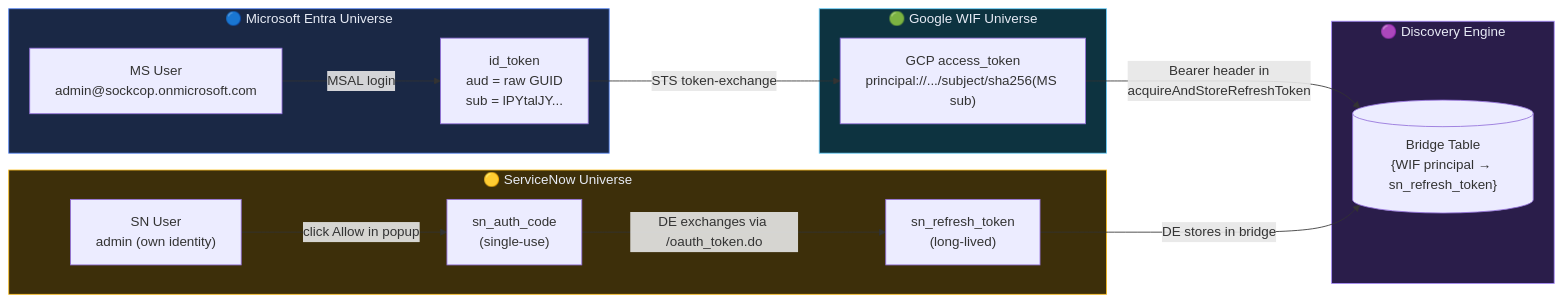
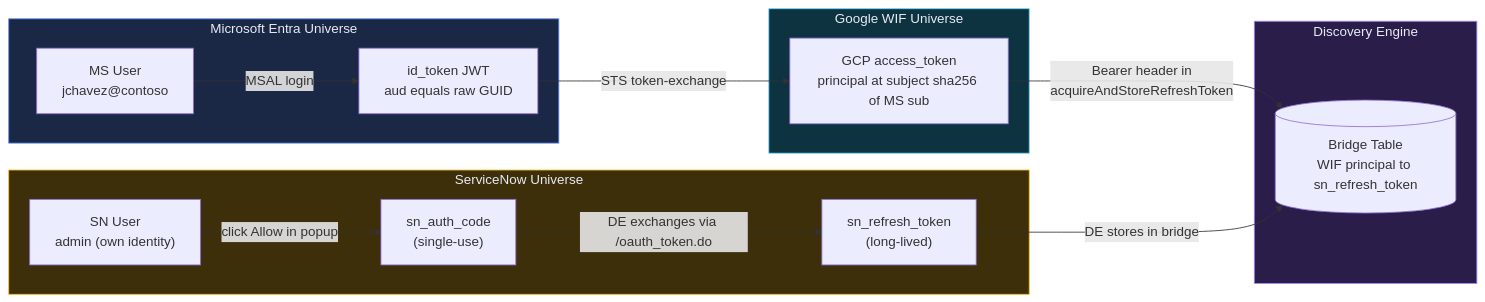
One commit to jchavezar/vertex-ai-samples changed the second of 3 diagrams in semiautonomous-agents/streamassist-oauth-flow-servicenow/AUTH_SEQUENCE.md. Above: the diagram before and after it, drawn with Mermaid. The commit also changed other lines of this file, not shown here.

First line of the commit message:
fix(streamassist-oauth-flow-servicenow): mermaid sequenceDiagram parse errors on GitHub

````diff
--- a/semiautonomous-agents/streamassist-oauth-flow-servicenow/AUTH_SEQUENCE.md
+++ b/semiautonomous-agents/streamassist-oauth-flow-servicenow/AUTH_SEQUENCE.md
@@ -77,36 +67,36 @@
 ```mermaid
 flowchart LR
-    subgraph MS["🔵 Microsoft Entra Universe"]
-        MSUser["MS User<br/>admin@sockcop.onmicrosoft.com"]
-        MSToken["id_token<br/>aud = raw GUID<br/>sub = lPYtalJY..."]
+    subgraph MS["Microsoft Entra Universe"]
+        MSUser["MS User<br/>jchavez@contoso"]
+        MSToken["id_token JWT<br/>aud equals raw GUID"]
         MSUser -- "MSAL login" --> MSToken
     end
 
-    subgraph WIF["🟢 Google WIF Universe"]
-        GCPToken["GCP access_token<br/>principal://.../subject/sha256(MS sub)"]
+    subgraph WIF["Google WIF Universe"]
+        GCPToken["GCP access_token<br/>principal at subject sha256 of MS sub"]
         MSToken -- "STS token-exchange" --> GCPToken
     end
 
-    subgraph DE["🟣 Discovery Engine"]
-        Bridge[("Bridge Table<br/>{WIF principal → sn_refresh_token}")]
+    subgraph DE["Discovery Engine"]
+        Bridge[("Bridge Table<br/>WIF principal to sn_refresh_token")]
         GCPToken -- "Bearer header in<br/>acquireAndStoreRefreshToken" --> Bridge
     end
 
-    subgraph SN["🟡 ServiceNow Universe"]
+    subgraph SN["ServiceNow Universe"]
         SNUser["SN User<br/>admin (own identity)"]
         SNCode["sn_auth_code<br/>(single-use)"]
         SNRefresh["sn_refresh_token<br/>(long-lived)"]
         SNUser -- "click Allow in popup" --> SNCode
         SNCode -- "DE exchanges via /oauth_token.do" --> SNRefresh
         SNRefresh -- "DE stores in bridge" --> Bridge
     end
 
     classDef ms fill:#1a2845,stroke:#5d8cf7,color:#e7ebf5
     classDef wif fill:#0d3340,stroke:#6dd3ff,color:#e7ebf5
     classDef de fill:#2a1d4a,stroke:#a78bfa,color:#e7ebf5
     classDef sn fill:#3d2f0a,stroke:#fbbf24,color:#e7ebf5
     class MS ms
     class WIF wif
     class DE de
     class SN sn
 ```
````
